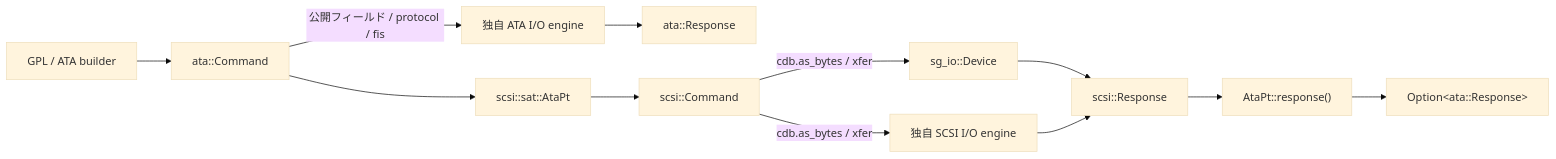
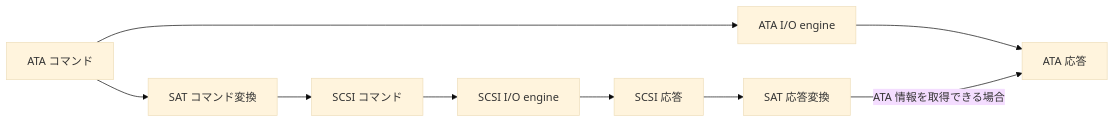
The second of 4 diagrams in ARCHITECTURE.md (n-nazuna/lib_bbev), drawn with Mermaid (base theme) before and after one commit. The commit also changed other lines of this file and 1 other file, not shown here.

````diff
--- a/ARCHITECTURE.md
+++ b/ARCHITECTURE.md
@@ -60,14 +61,11 @@
 ```mermaid
 flowchart LR
-    gpl["GPL / ATA builder"] --> ata["ata::Command"]
-    ata -->|公開フィールド / protocol / fis| direct["独自 ATA I/O engine"]
-    direct --> native_response["ata::Response"]
-    ata --> sat["scsi::sat::AtaPt"]
-    sat --> scsi["scsi::Command"]
-    scsi -->|cdb.as_bytes / xfer| sg["sg_io::Device"]
-    scsi -->|cdb.as_bytes / xfer| custom["独自 SCSI I/O engine"]
-    sg --> response["scsi::Response"]
-    custom --> response
-    response --> convert["AtaPt::response()"]
-    convert --> ata_response["Option&lt;ata::Response&gt;"]
+    ata["ATA コマンド"] --> ata_engine["ATA I/O engine"]
+    ata_engine --> ata_response["ATA 応答"]
+    scsi["SCSI コマンド"] --> scsi_engine["SCSI I/O engine"]
+    scsi_engine --> scsi_response["SCSI 応答"]
+    ata --> sat_command["SAT コマンド変換"]
+    sat_command --> scsi
+    scsi_response --> sat_response["SAT 応答変換"]
+    sat_response -->|ATA 情報を取得できる場合| ata_response
 ```
````
